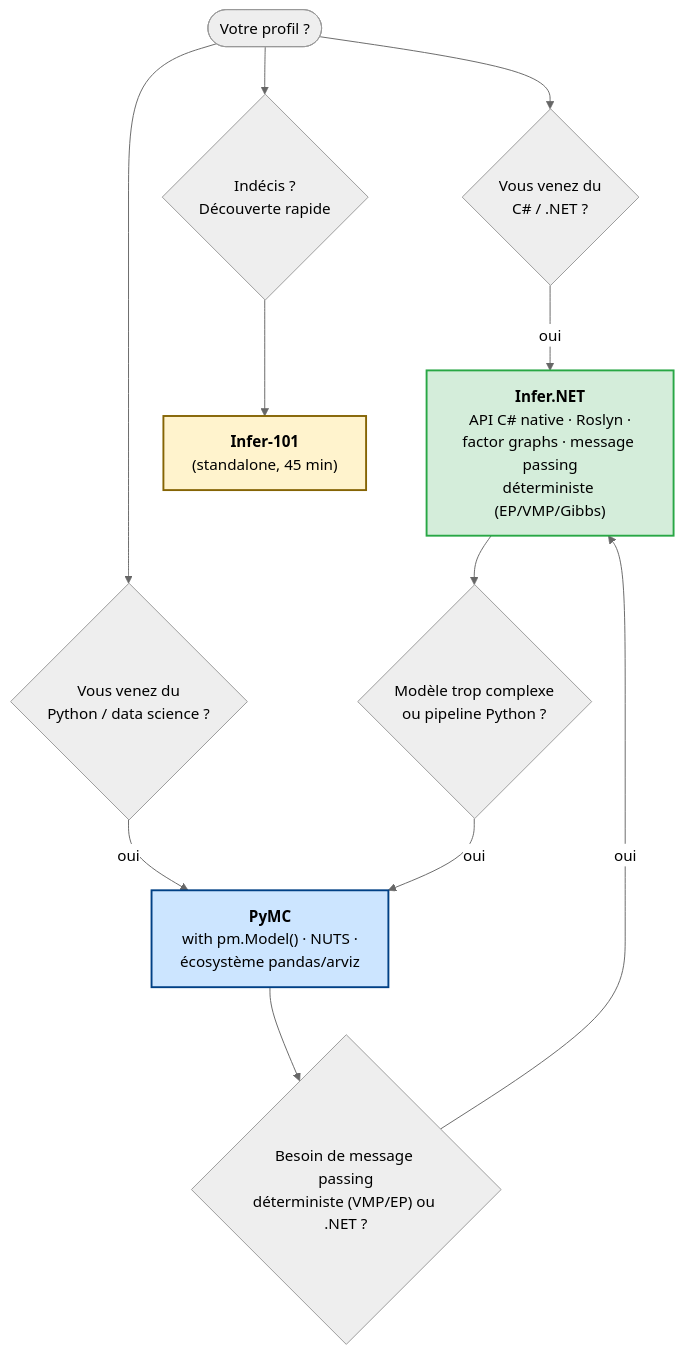
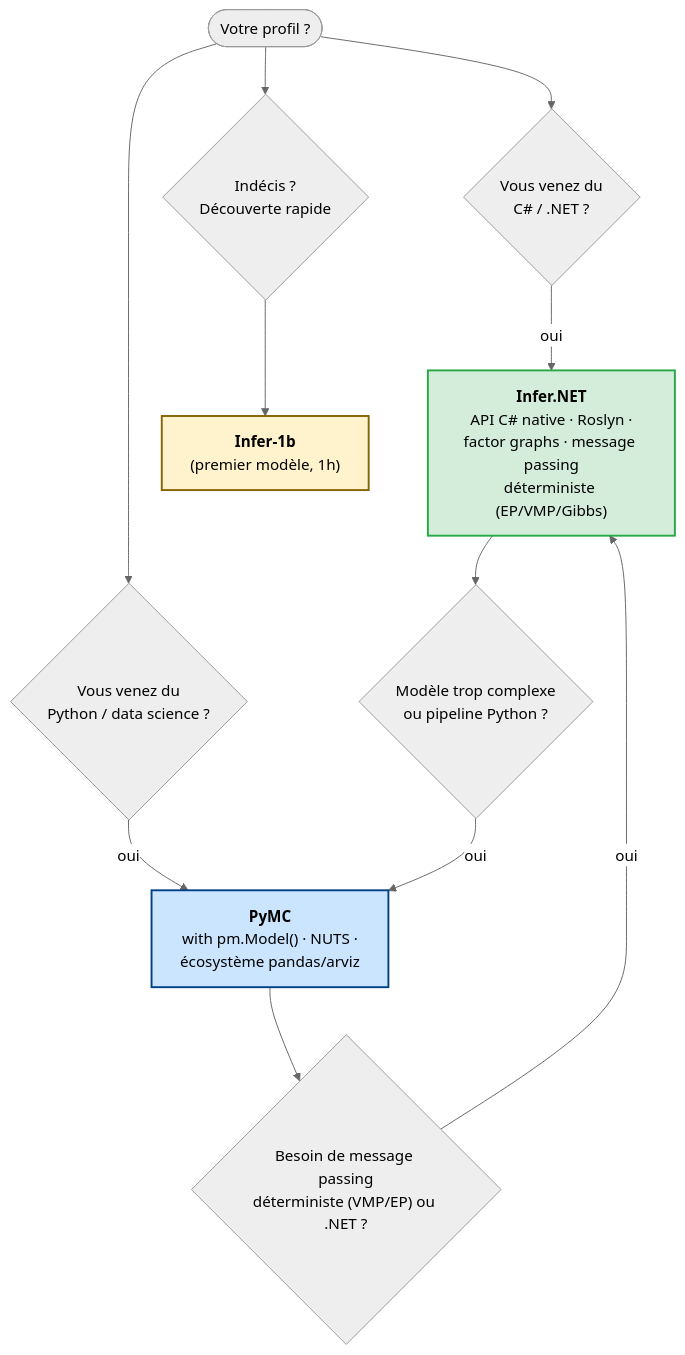
The second of 3 diagrams in MyIA.AI.Notebooks/Probas/README.md (jsboige/CoursIA), drawn with Mermaid (neutral theme) before and after one commit. The commit also changed other lines of this file and 9 other files, not shown here.

````diff
--- a/MyIA.AI.Notebooks/Probas/README.md
+++ b/MyIA.AI.Notebooks/Probas/README.md
@@ -166,20 +166,20 @@
 ```mermaid
 flowchart TD
     START(["Votre profil ?"])
     START --> Q1{"Vous venez du<br/>C# / .NET ?"}
     START --> Q2{"Vous venez du<br/>Python / data science ?"}
     START --> Q3{"Indécis ?<br/>Découverte rapide"}
     Q1 -->|"oui"| INFER["<b>Infer.NET</b><br/>API C# native · Roslyn ·<br/>factor graphs · message passing<br/>déterministe (EP/VMP/Gibbs)"]
     Q2 -->|"oui"| PYMC["<b>PyMC</b><br/>with pm.Model() · NUTS ·<br/>écosystème pandas/arviz"]
-    Q3 --> IN101["<b>Infer-101</b><br/>(standalone, 45 min)"]
+    Q3 --> IN101["<b>Infer-1b</b><br/>(premier modèle, 1h)"]
     INFER --> PIVOT1{"Modèle trop complexe<br/>ou pipeline Python ?"}
     PYMC --> PIVOT2{"Besoin de message passing<br/>déterministe (VMP/EP) ou .NET ?"}
     PIVOT1 -->|"oui"| PYMC
     PIVOT2 -->|"oui"| INFER
     classDef infer fill:#d4edda,stroke:#28a745,stroke-width:2px;
     classDef pymc fill:#cce5ff,stroke:#004085,stroke-width:2px;
     classDef entry fill:#fff3cd,stroke:#856404,stroke-width:2px;
     class INFER infer;
     class PYMC pymc;
     class IN101 entry;
 ```
````
